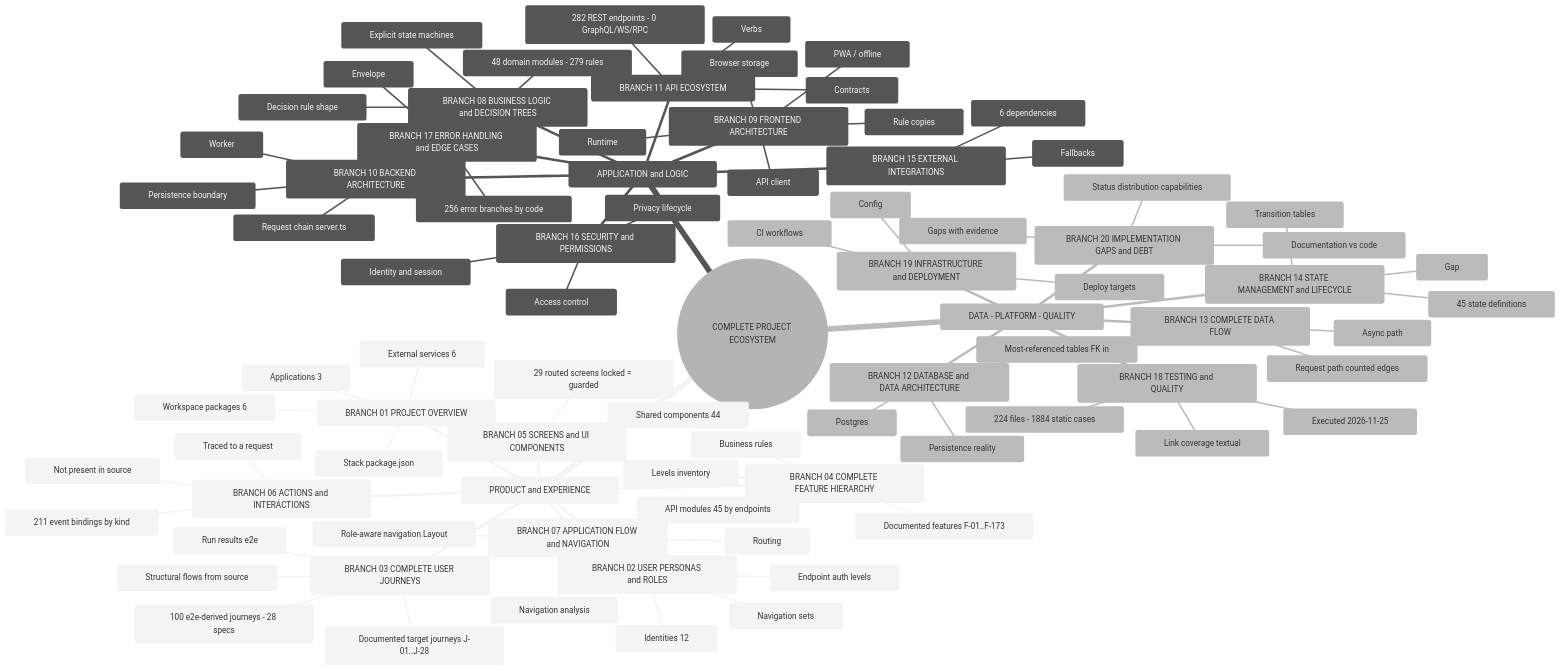
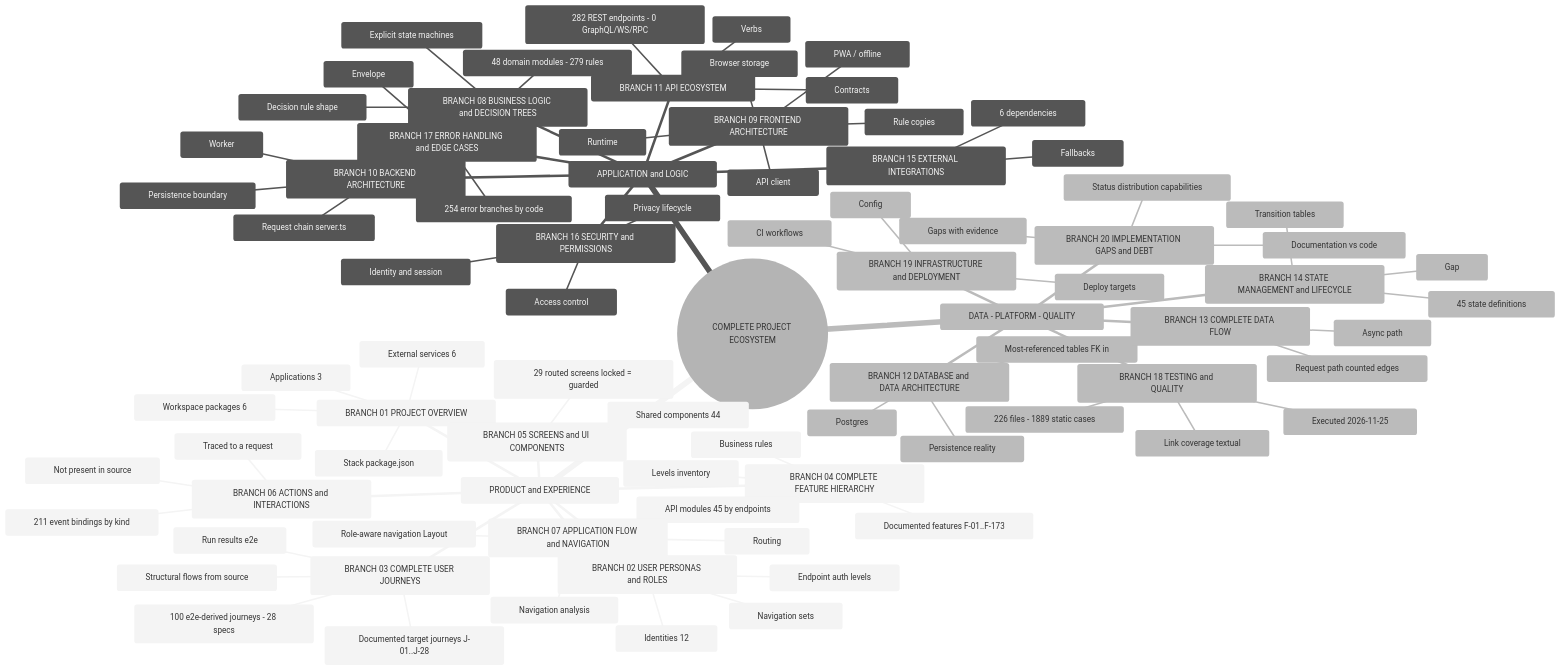
Before and after one commit to yhsomani/talentsphere-complete: the diagram in project-mindmap/master/MASTER_PROJECT_MINDMAP.mmd, drawn with Mermaid (neutral theme). The commit also changed 171 other files, not shown here.

First line of the commit message:
docs(mindmap): feature catalog to nano level and graph views

```diff
--- a/project-mindmap/master/MASTER_PROJECT_MINDMAP.mmd
+++ b/project-mindmap/master/MASTER_PROJECT_MINDMAP.mmd
@@ -1,87 +1,87 @@
 %%{init: {"mindmap": {"padding": 28, "maxNodeWidth": 240}}}%%
 mindmap
   root((COMPLETE PROJECT ECOSYSTEM))
     PRODUCT and EXPERIENCE
       BRANCH 01 PROJECT OVERVIEW
         Applications 3
         Stack package.json
         Workspace packages 6
         External services 6
       BRANCH 02 USER PERSONAS and ROLES
         Identities 12
         Navigation sets
         Endpoint auth levels
       BRANCH 03 COMPLETE USER JOURNEYS
         100 e2e-derived journeys - 28 specs
         Run results e2e
         Documented target journeys J-01..J-28
         Structural flows from source
       BRANCH 04 COMPLETE FEATURE HIERARCHY
         Levels inventory
         API modules 45 by endpoints
         Business rules
         Documented features F-01..F-173
       BRANCH 05 SCREENS and UI COMPONENTS
         29 routed screens locked = guarded
         Shared components 44
       BRANCH 06 ACTIONS and INTERACTIONS
         211 event bindings by kind
         Traced to a request
         Not present in source
       BRANCH 07 APPLICATION FLOW and NAVIGATION
         Routing
         Role-aware navigation Layout
         Navigation analysis
     APPLICATION and LOGIC
       BRANCH 08 BUSINESS LOGIC and DECISION TREES
         48 domain modules - 279 rules
         Explicit state machines
         Decision rule shape
       BRANCH 09 FRONTEND ARCHITECTURE
         Runtime
         API client
         Browser storage
         PWA / offline
         Rule copies
       BRANCH 10 BACKEND ARCHITECTURE
         Request chain server.ts
         Persistence boundary
         Worker
       BRANCH 11 API ECOSYSTEM
         282 REST endpoints - 0 GraphQL/WS/RPC
         Verbs
         Contracts
       BRANCH 15 EXTERNAL INTEGRATIONS
         6 dependencies
         Fallbacks
       BRANCH 16 SECURITY and PERMISSIONS
         Identity and session
         Access control
         Privacy lifecycle
       BRANCH 17 ERROR HANDLING and EDGE CASES
-        256 error branches by code
+        254 error branches by code
         Envelope
     DATA - PLATFORM - QUALITY
       BRANCH 12 DATABASE and DATA ARCHITECTURE
         Postgres
         Most-referenced tables FK in
         Persistence reality
       BRANCH 13 COMPLETE DATA FLOW
         Request path counted edges
         Async path
       BRANCH 14 STATE MANAGEMENT and LIFECYCLE
         45 state definitions
         Transition tables
         Gap
       BRANCH 18 TESTING and QUALITY
-        224 files - 1884 static cases
+        226 files - 1889 static cases
         Executed 2026-11-25
         Link coverage textual
       BRANCH 19 INFRASTRUCTURE and DEPLOYMENT
         CI workflows
         Deploy targets
         Config
       BRANCH 20 IMPLEMENTATION GAPS and DEBT
         Status distribution capabilities
         Gaps with evidence
         Documentation vs code
```
